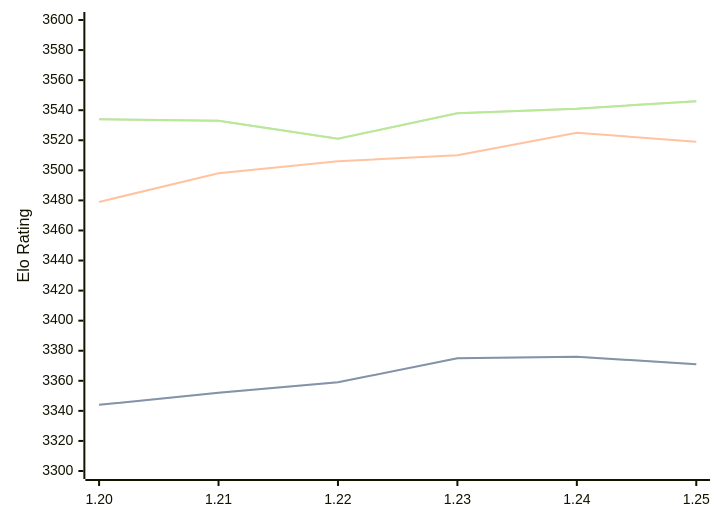
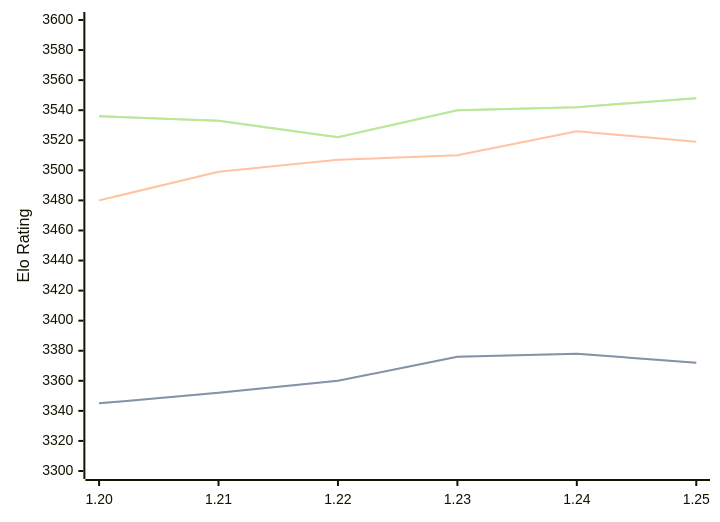
The diagram in engines/Caissa.md (computer-chess-index/cci), drawn with Mermaid before and after one commit. The commit also changed other lines of this file, not shown here.

Commit message:
Update CCI Ratings (ELO VLTC) - 2026-08-05

````diff
--- a/engines/Caissa.md
+++ b/engines/Caissa.md
@@ -65,11 +65,11 @@
 ```mermaid
 %%{init: {"theme":"base","themeVariables":{"seriesColors:['#a3a3a3','#222221','#faa371']}}}%%
 xychart-beta
   x-axis ["1.20", "1.21", "1.22", "1.23", "1.24", "1.25"]
   y-axis "Elo Rating" 3300 --> 3600
-  line "STC (8.0+0.08s)" [3344, 3352, 3359, 3375, 3376, 3371]
-  line "STC (8.0+0.08s)" [3344, 3352, 3359, 3375, 3376, 3371]
-  line "LTC (60.0+0.60s)" [3479, 3498, 3506, 3510, 3525, 3519]
-  line "VLTC (2m24s+1.12s)" [3534, 3533, 3521, 3538, 3541, 3546]
-  line "VLTC (2m24s+1.12s)" [3534, 3533, 3521, 3538, 3541, 3546]
+  line "STC (8.0+0.08s)" [3345, 3352, 3360, 3376, 3378, 3372]
+  line "STC (8.0+0.08s)" [3345, 3352, 3360, 3376, 3378, 3372]
+  line "LTC (60.0+0.60s)" [3480, 3499, 3507, 3510, 3526, 3519]
+  line "VLTC (2m24s+1.12s)" [3536, 3533, 3522, 3540, 3542, 3548]
+  line "VLTC (2m24s+1.12s)" [3536, 3533, 3522, 3540, 3542, 3548]
 ```
````
